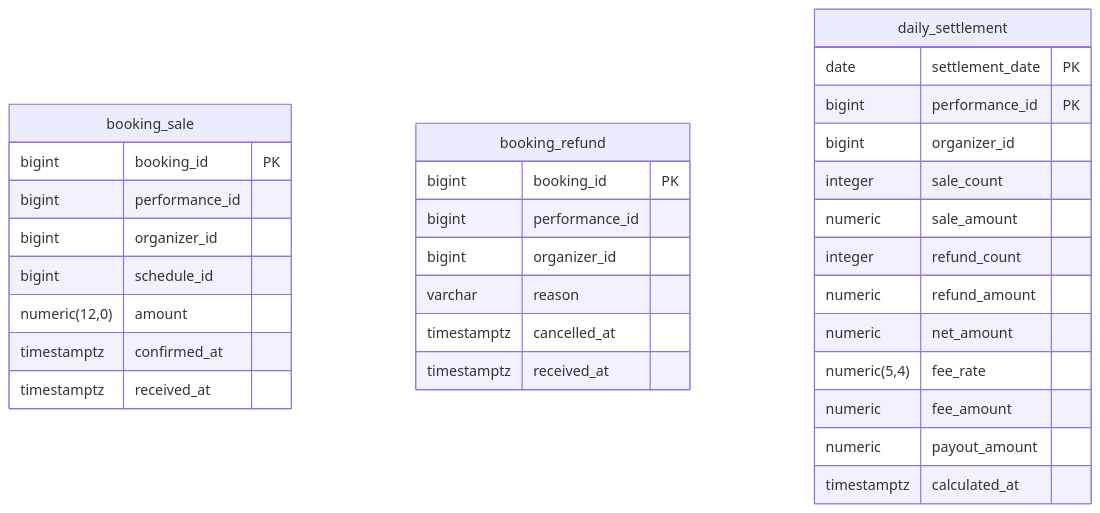
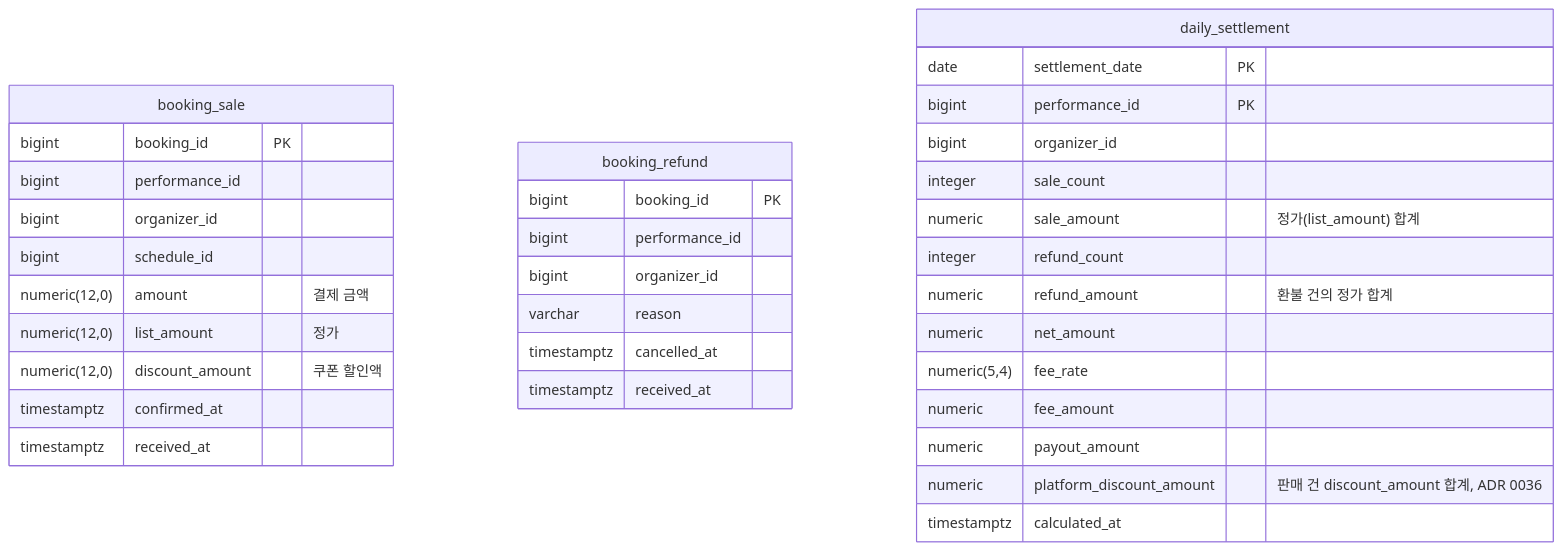
Before and after one commit to jkonury/ticketing: the fifth of 7 diagrams in docs/architecture/erd.md, drawn with Mermaid. The commit also changed other lines of this file and 8 other files, not shown here.

Commit message:
docs(architecture): 쿠폰·감사 구현 현황과 E2E 프로세스 구성 반영

````diff
--- a/docs/architecture/erd.md
+++ b/docs/architecture/erd.md
@@ -192,34 +196,37 @@
 ```mermaid
 erDiagram
     booking_sale {
         bigint booking_id PK
         bigint performance_id
         bigint organizer_id
         bigint schedule_id
-        numeric(12,0) amount
+        numeric(12,0) amount "결제 금액"
+        numeric(12,0) list_amount "정가"
+        numeric(12,0) discount_amount "쿠폰 할인액"
         timestamptz confirmed_at
         timestamptz received_at
     }
     booking_refund {
         bigint booking_id PK
         bigint performance_id
         bigint organizer_id
         varchar reason
         timestamptz cancelled_at
         timestamptz received_at
     }
     daily_settlement {
         date settlement_date PK
         bigint performance_id PK
         bigint organizer_id
         integer sale_count
-        numeric sale_amount
+        numeric sale_amount "정가(list_amount) 합계"
         integer refund_count
-        numeric refund_amount
+        numeric refund_amount "환불 건의 정가 합계"
         numeric net_amount
         numeric(5,4) fee_rate
         numeric fee_amount
         numeric payout_amount
+        numeric platform_discount_amount "판매 건 discount_amount 합계, ADR 0036"
         timestamptz calculated_at
     }
 ```
````
